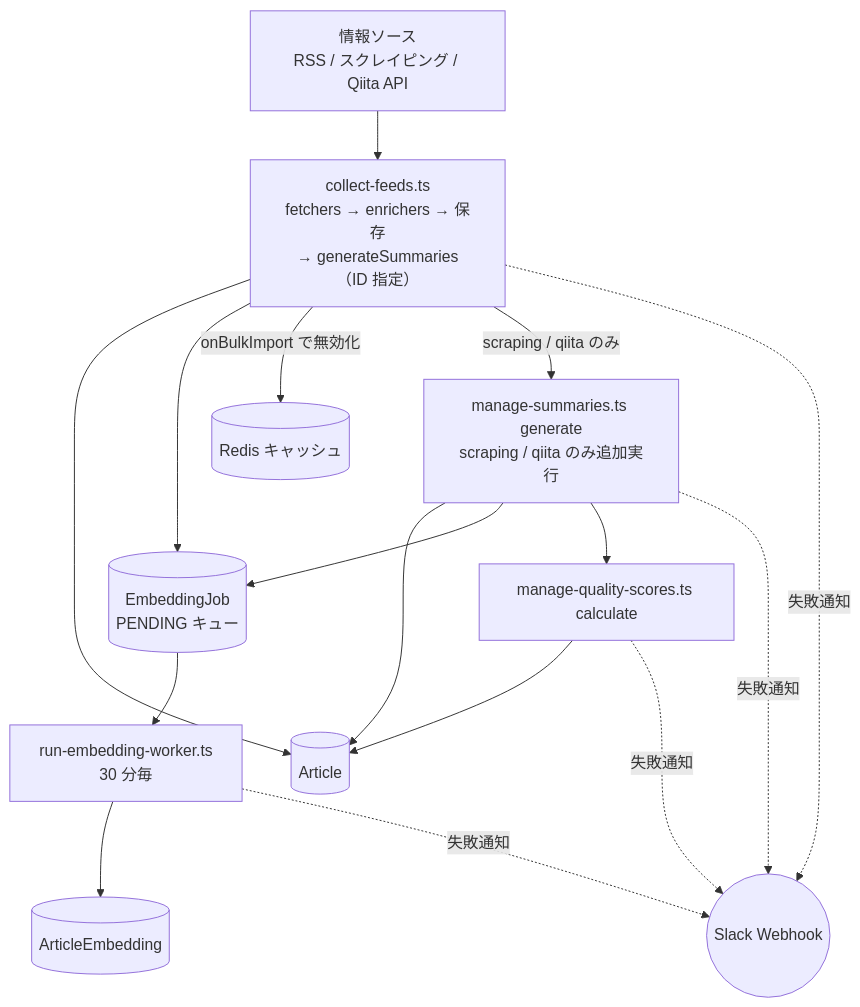
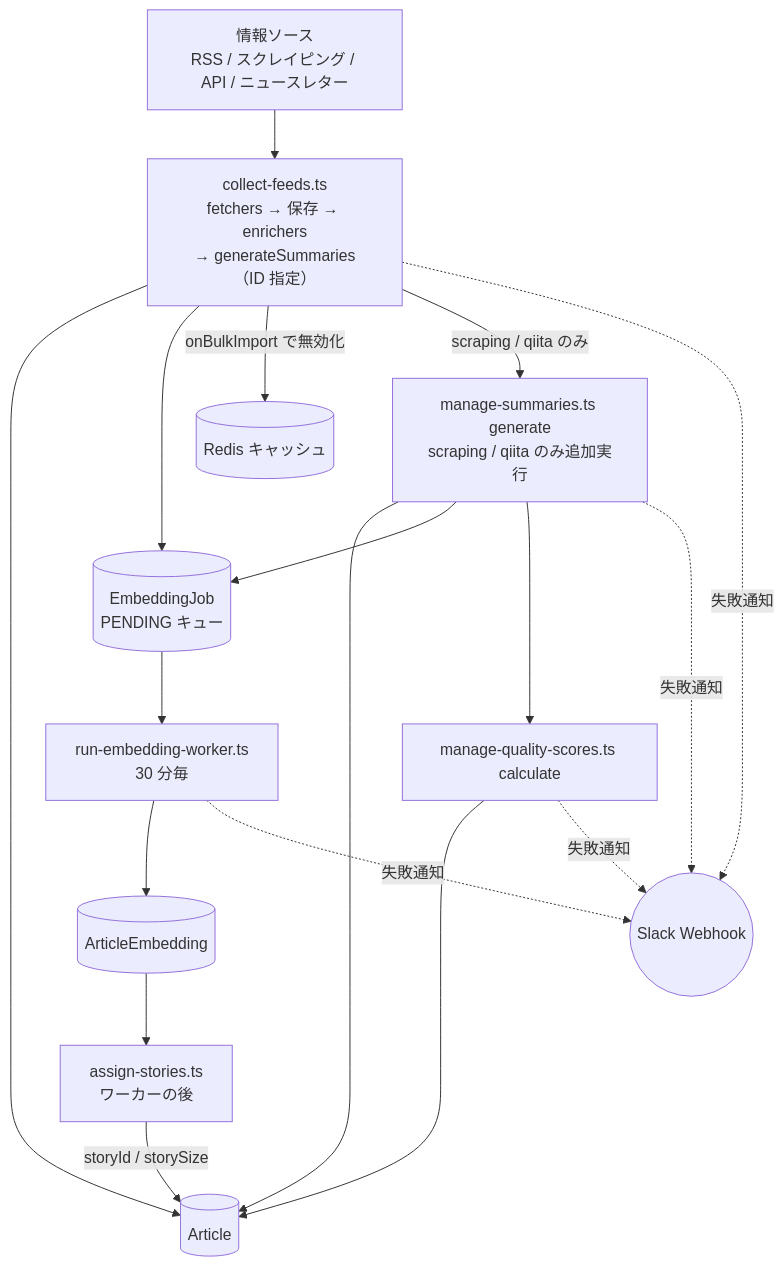
The first of 2 diagrams in docs/architecture/02-batch-pipeline.md (pawafulu7/techtrend), drawn with Mermaid before and after one commit. The commit also changed other lines of this file and 223 other files, not shown here.

````diff
--- a/docs/architecture/02-batch-pipeline.md
+++ b/docs/architecture/02-batch-pipeline.md
@@ -11,32 +11,35 @@
 ```mermaid
 flowchart TD
-    Sources["情報ソース<br/>RSS / スクレイピング / Qiita API"]
-    CollectFeeds["collect-feeds.ts<br/>fetchers → enrichers → 保存<br/>→ generateSummaries（ID 指定）"]
+    Sources["情報ソース<br/>RSS / スクレイピング / API / ニュースレター"]
+    CollectFeeds["collect-feeds.ts<br/>fetchers → 保存 → enrichers<br/>→ generateSummaries（ID 指定）"]
     ManageSummaries["manage-summaries.ts generate<br/>scraping / qiita のみ追加実行"]
     ManageQuality["manage-quality-scores.ts calculate"]
     EmbeddingWorker["run-embedding-worker.ts<br/>30 分毎"]
+    AssignStories["assign-stories.ts<br/>ワーカーの後"]
 
     ArticleDB[("Article")]
     EmbeddingJobQ[("EmbeddingJob<br/>PENDING キュー")]
     ArticleEmbeddingDB[("ArticleEmbedding")]
     RedisCache[("Redis キャッシュ")]
 
     Slack(("Slack Webhook"))
 
     Sources --> CollectFeeds
     CollectFeeds --> ArticleDB
     CollectFeeds --> EmbeddingJobQ
     CollectFeeds -->|"onBulkImport で無効化"| RedisCache
     CollectFeeds -->|"scraping / qiita のみ"| ManageSummaries
     ManageSummaries --> ArticleDB
     ManageSummaries --> EmbeddingJobQ
     ManageSummaries --> ManageQuality
     ManageQuality --> ArticleDB
     EmbeddingJobQ --> EmbeddingWorker
     EmbeddingWorker --> ArticleEmbeddingDB
+    ArticleEmbeddingDB --> AssignStories
+    AssignStories -->|"storyId / storySize"| ArticleDB
 
     CollectFeeds -.->|失敗通知| Slack
     ManageSummaries -.->|失敗通知| Slack
     ManageQuality -.->|失敗通知| Slack
     EmbeddingWorker -.->|失敗通知| Slack
 ```
````
